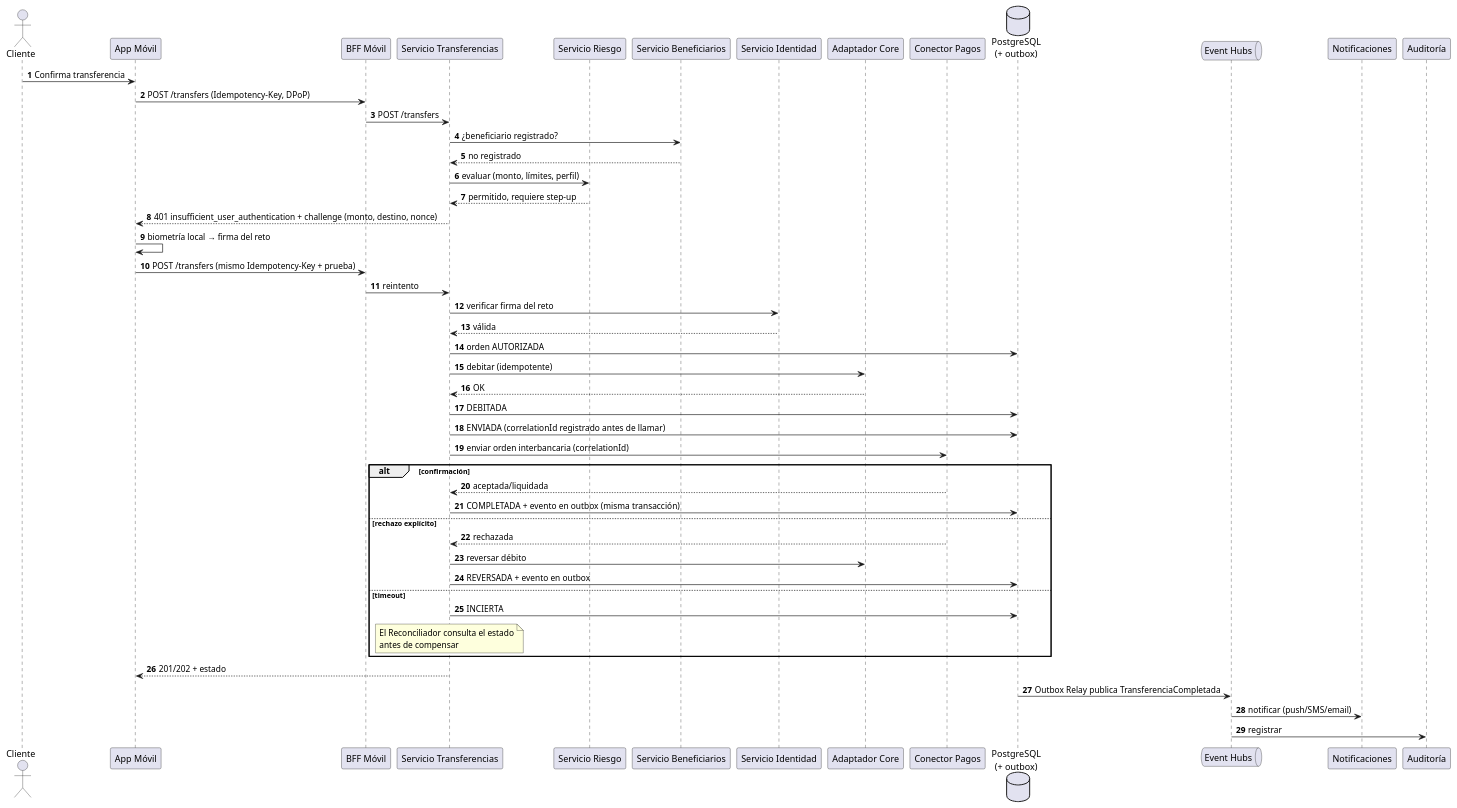
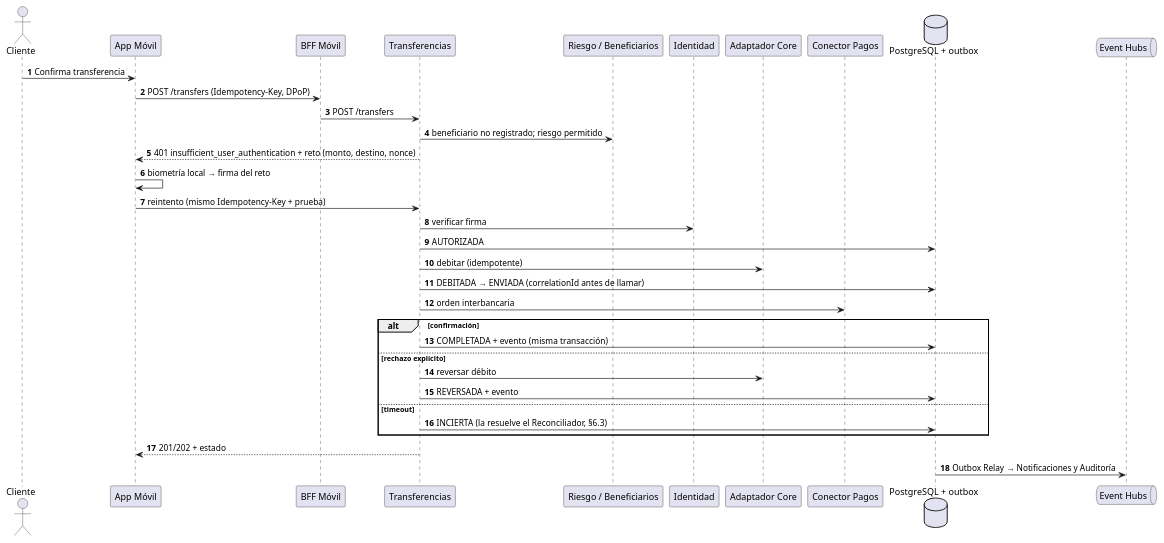
Diagram 12 of 13 in Propuesta_Arquitectura_BP.md (dledesman/banca-por-internet), drawn with PlantUML before and after one commit. The commit also changed other lines of this file and 15 other files, not shown here.

Commit message:
Actualización propuesta de arquitectura y diagramas

````diff
--- a/Propuesta_Arquitectura_BP.md
+++ b/Propuesta_Arquitectura_BP.md
@@ -1502,53 +791,38 @@
 ```plantuml
 @startuml Seq_Transferencia_Interbancaria
 autonumber
 actor Cliente
 participant "App Móvil" as APP
 participant "BFF Móvil" as BFF
-participant "Servicio Transferencias" as TRF
-participant "Servicio Riesgo" as RIE
-participant "Servicio Beneficiarios" as BEN
-participant "Servicio Identidad" as IDE
+participant "Transferencias" as TRF
+participant "Riesgo / Beneficiarios" as RB
+participant "Identidad" as IDE
 participant "Adaptador Core" as CORE
 participant "Conector Pagos" as PAG
-database "PostgreSQL\n(+ outbox)" as DB
+database "PostgreSQL + outbox" as DB
 queue "Event Hubs" as EVH
-participant "Notificaciones" as NOT
-participant "Auditoría" as AUD
 
 Cliente -> APP : Confirma transferencia
 APP -> BFF : POST /transfers (Idempotency-Key, DPoP)
 BFF -> TRF : POST /transfers
-TRF -> BEN : ¿beneficiario registrado?
-BEN --> TRF : no registrado
-TRF -> RIE : evaluar (monto, límites, perfil)
-RIE --> TRF : permitido, requiere step-up
-TRF --> APP : 401 insufficient_user_authentication + challenge (monto, destino, nonce)
+TRF -> RB : beneficiario no registrado; riesgo permitido
+TRF --> APP : 401 insufficient_user_authentication + reto (monto, destino, nonce)
 APP -> APP : biometría local → firma del reto
-APP -> BFF : POST /transfers (mismo Idempotency-Key + prueba)
-BFF -> TRF : reintento
-TRF -> IDE : verificar firma del reto
-IDE --> TRF : válida
-TRF -> DB : orden AUTORIZADA
+APP -> TRF : reintento (mismo Idempotency-Key + prueba)
+TRF -> IDE : verificar firma
+TRF -> DB : AUTORIZADA
 TRF -> CORE : debitar (idempotente)
-CORE --> TRF : OK
-TRF -> DB : DEBITADA
-TRF -> DB : ENVIADA (correlationId registrado antes de llamar)
-TRF -> PAG : enviar orden interbancaria (correlationId)
+TRF -> DB : DEBITADA → ENVIADA (correlationId antes de llamar)
+TRF -> PAG : orden interbancaria
 alt confirmación
-  PAG --> TRF : aceptada/liquidada
-  TRF -> DB : COMPLETADA + evento en outbox (misma transacción)
+  TRF -> DB : COMPLETADA + evento (misma transacción)
 else rechazo explícito
-  PAG --> TRF : rechazada
   TRF -> CORE : reversar débito
-  TRF -> DB : REVERSADA + evento en outbox
+  TRF -> DB : REVERSADA + evento
 else timeout
-  TRF -> DB : INCIERTA
-  note over TRF : El Reconciliador consulta el estado\nantes de compensar
+  TRF -> DB : INCIERTA (la resuelve el Reconciliador, §6.3)
 end
 TRF --> APP : 201/202 + estado
-DB -> EVH : Outbox Relay publica TransferenciaCompletada
-EVH -> NOT : notificar (push/SMS/email)
-EVH -> AUD : registrar
+DB -> EVH : Outbox Relay → Notificaciones y Auditoría
 @enduml
 ```
````
